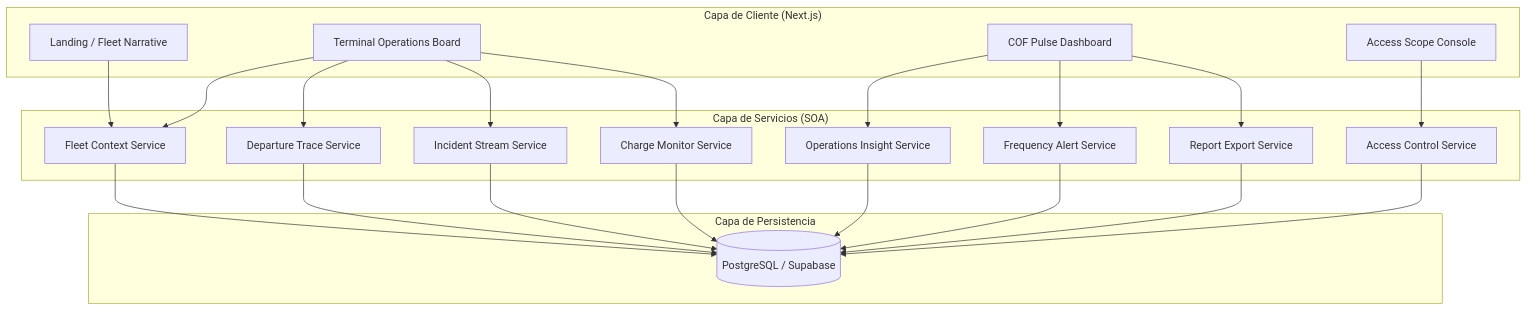
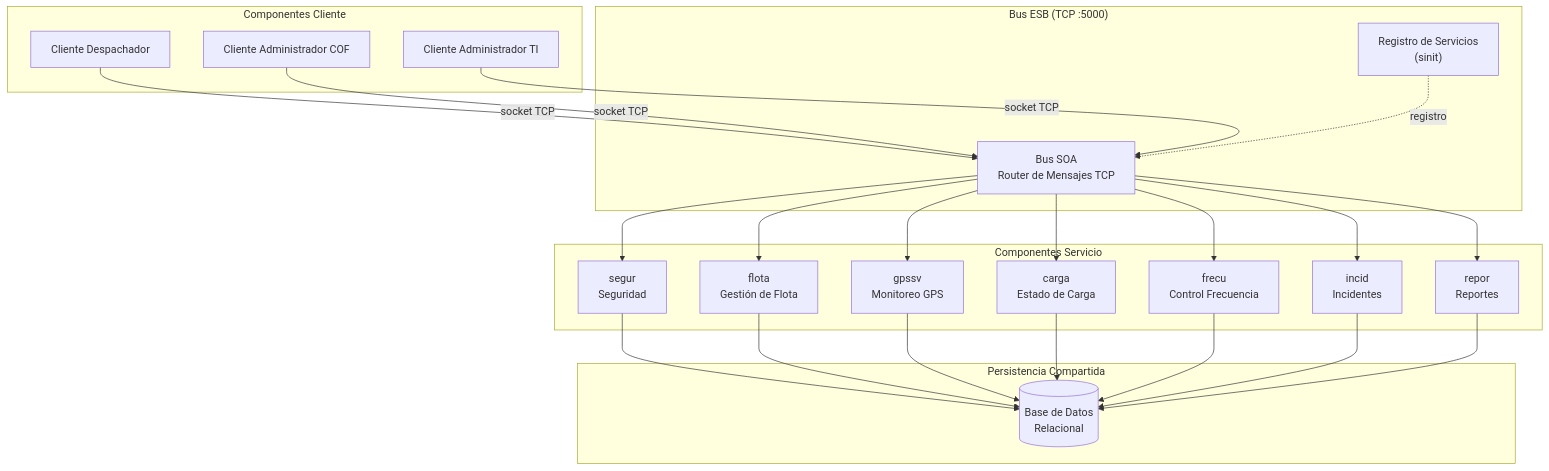
The second of 3 diagrams in docs/fase-2/04-DISENO-TECNICO-DETALLADO.md (matiasts4/SICOF), drawn with Mermaid before and after one commit. The commit also changed other lines of this file and 28 other files, not shown here.

````diff
--- a/docs/fase-2/04-DISENO-TECNICO-DETALLADO.md
+++ b/docs/fase-2/04-DISENO-TECNICO-DETALLADO.md
@@ -57,43 +175,49 @@
 ```mermaid
 graph TD
-    subgraph "Capa de Cliente (Next.js)"
-        UI_Home["Landing / Fleet Narrative"]
-        UI_Terminal["Terminal Operations Board"]
-        UI_COF["COF Pulse Dashboard"]
-        UI_Admin["Access Scope Console"]
+    subgraph "Componentes Cliente"
+        C1["Cliente Despachador"]
+        C2["Cliente Administrador COF"]
+        C3["Cliente Administrador TI"]
     end
 
-    subgraph "Capa de Servicios (SOA)"
-        FleetService["Fleet Context Service"]
-        AuthService["Access Control Service"]
-        EnergyService["Charge Monitor Service"]
-        DispatchService["Departure Trace Service"]
-        FrequencyService["Frequency Alert Service"]
-        IncidentService["Incident Stream Service"]
-        InsightService["Operations Insight Service"]
-        ReportService["Report Export Service"]
+    subgraph "Bus ESB (TCP :5000)"
+        BUS["Bus SOA<br/>Router de Mensajes TCP"]
+        SINIT["Registro de Servicios<br/>(sinit)"]
     end
 
-    subgraph "Capa de Persistencia"
-        DB[(PostgreSQL / Supabase)]
+    subgraph "Componentes Servicio"
+        S1["segur<br/>Seguridad"]
+        S2["flota<br/>Gestión de Flota"]
+        S3["gpssv<br/>Monitoreo GPS"]
+        S4["carga<br/>Estado de Carga"]
+        S5["frecu<br/>Control Frecuencia"]
+        S6["incid<br/>Incidentes"]
+        S7["repor<br/>Reportes"]
     end
 
-    UI_Home --> FleetService
-    UI_Terminal --> FleetService
-    UI_Terminal --> DispatchService
-    UI_Terminal --> IncidentService
-    UI_Terminal --> EnergyService
-    UI_COF --> InsightService
-    UI_COF --> FrequencyService
-    UI_COF --> ReportService
-    UI_Admin --> AuthService
-    
-    FleetService --> DB
-    AuthService --> DB
-    EnergyService --> DB
-    DispatchService --> DB
-    FrequencyService --> DB
-    IncidentService --> DB
-    InsightService --> DB
-    ReportService --> DB
+    subgraph "Persistencia Compartida"
+        DB[(Base de Datos<br/>Relacional)]
+    end
+
+    C1 -->|"socket TCP"| BUS
+    C2 -->|"socket TCP"| BUS
+    C3 -->|"socket TCP"| BUS
+
+    BUS --> S1
+    BUS --> S2
+    BUS --> S3
+    BUS --> S4
+    BUS --> S5
+    BUS --> S6
+    BUS --> S7
+
+    SINIT -.->|"registro"| BUS
+
+    S1 --> DB
+    S2 --> DB
+    S3 --> DB
+    S4 --> DB
+    S5 --> DB
+    S6 --> DB
+    S7 --> DB
 ```
````
